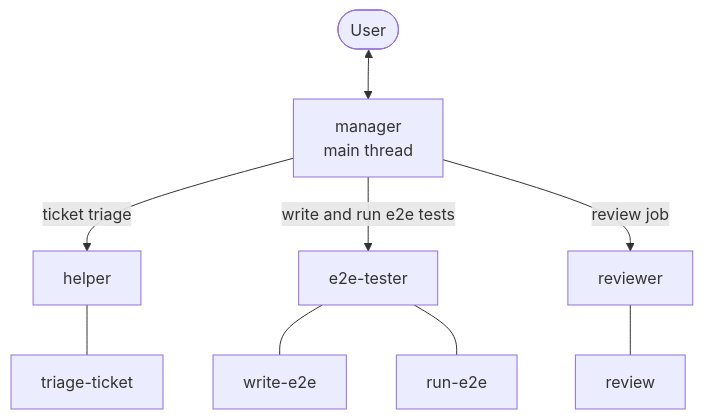
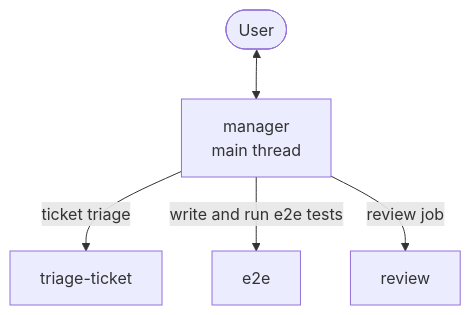
One commit to le0u0/just-do-it changed the first of 3 diagrams in docs/architecture/ARCHITECTURE.md. Above: the diagram before and after it, drawn with Mermaid. The commit also changed other lines of this file and 19 other files, not shown here.

Commit message:
refactor: drop roles, merge write-e2e and run-e2e into e2e

````diff
--- a/docs/architecture/ARCHITECTURE.md
+++ b/docs/architecture/ARCHITECTURE.md
@@ -7,11 +7,7 @@
 ```mermaid
 flowchart TD
     U([User]) <--> M[manager<br/>main thread]
-    M -->|ticket triage| H[helper]
-    M -->|write and run e2e tests| E[e2e-tester]
-    M -->|review job| R[reviewer]
-
-    H --- H1[triage-ticket]
-    E --- E1[write-e2e] & E2[run-e2e]
-    R --- R1[review]
+    M -->|ticket triage| H[triage-ticket]
+    M -->|write and run e2e tests| E[e2e]
+    M -->|review job| R[review]
 ```
````
